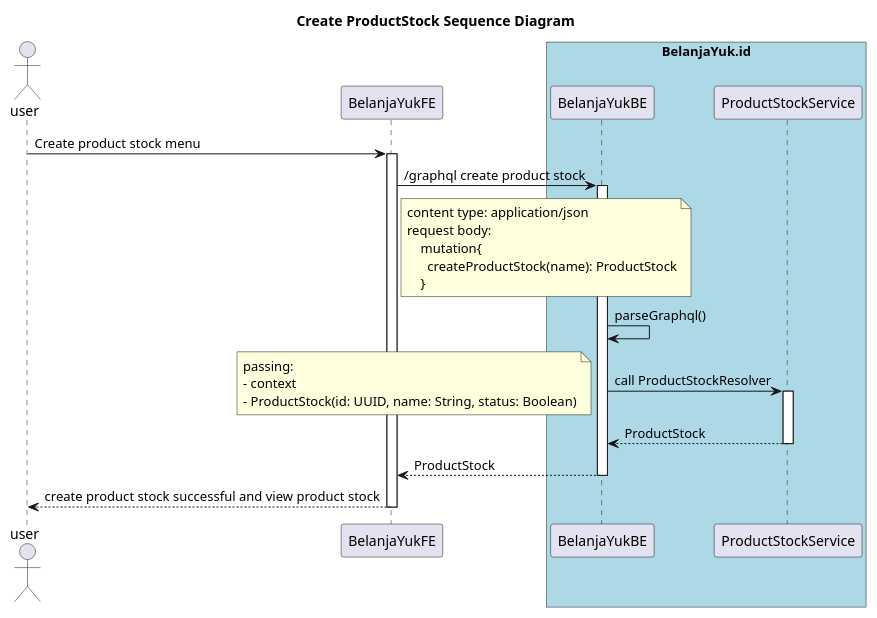
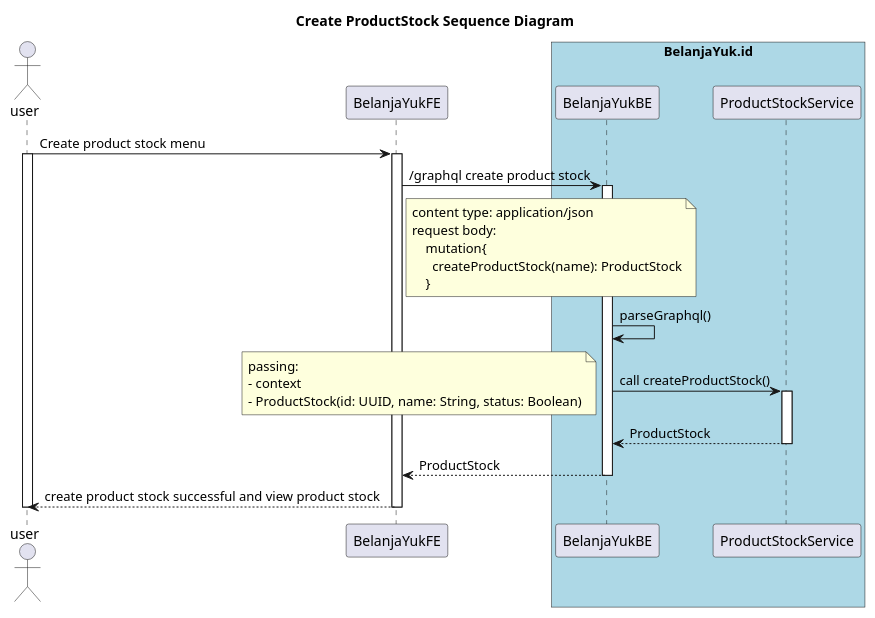
The diagram in SA/sequencediagram/productstock/simple/CreateProductStock.puml (dedeandress/belanjayukid-be-services), drawn with PlantUML before and after one commit. The commit also changed 21 other files, not shown here.

Commit message:
update diagram

```diff
--- a/SA/sequencediagram/productstock/simple/CreateProductStock.puml
+++ b/SA/sequencediagram/productstock/simple/CreateProductStock.puml
@@ -1,29 +1,31 @@
 @startuml
 title: Create ProductStock Sequence Diagram
 actor user
 participant BelanjaYukFE
 box "BelanjaYuk.id" #LightBlue
 participant BelanjaYukBE
 participant ProductStockService
 end box
 
 user -> BelanjaYukFE ++ : Create product stock menu
+activate user
 BelanjaYukFE -> BelanjaYukBE ++ : /graphql create product stock
     note right of BelanjaYukFE
     content type: application/json
     request body:
         mutation{
           createProductStock(name): ProductStock
         }
     end note
 BelanjaYukBE -> BelanjaYukBE : parseGraphql()
-BelanjaYukBE -> ProductStockService ++ : call ProductStockResolver
+BelanjaYukBE -> ProductStockService ++ : call createProductStock()
     note left
     passing:
     - context
     - ProductStock(id: UUID, name: String, status: Boolean)
     end note
 ProductStockService --> BelanjaYukBE -- : ProductStock
 BelanjaYukBE --> BelanjaYukFE -- : ProductStock
 BelanjaYukFE --> user -- : create product stock successful and view product stock
+deactivate user
 @enduml
```
